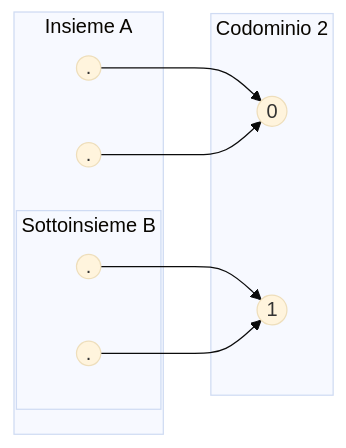
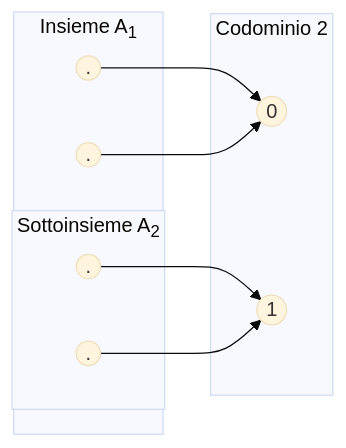
Before and after one commit to dennyb87/informatica-unipi: the fourth of 4 diagrams in anno_1/fondamenti_di_informatica/28-09-2026_relazioni_funzioni_e_biiezioni.md, drawn with Mermaid (base theme).

````diff
--- a/anno_1/fondamenti_di_informatica/28-09-2026_relazioni_funzioni_e_biiezioni.md
+++ b/anno_1/fondamenti_di_informatica/28-09-2026_relazioni_funzioni_e_biiezioni.md
@@ -197,20 +197,20 @@
 ```mermaid
 graph LR
-    subgraph A [Insieme A]
-        subgraph B [Sottoinsieme B]
+    subgraph A [Insieme A<sub>1</sub>]
+        subgraph B [Sottoinsieme A<sub>2</sub>]
             b1((.))
             b2((.))
         end
         a1((.))
         a2((.))
     end
     subgraph Codominio [Codominio 2]
         zero((0))
         one((1))
     end
 
     b1 --> one
     b2 --> one
     a1 --> zero
     a2 --> zero
 ```
````
